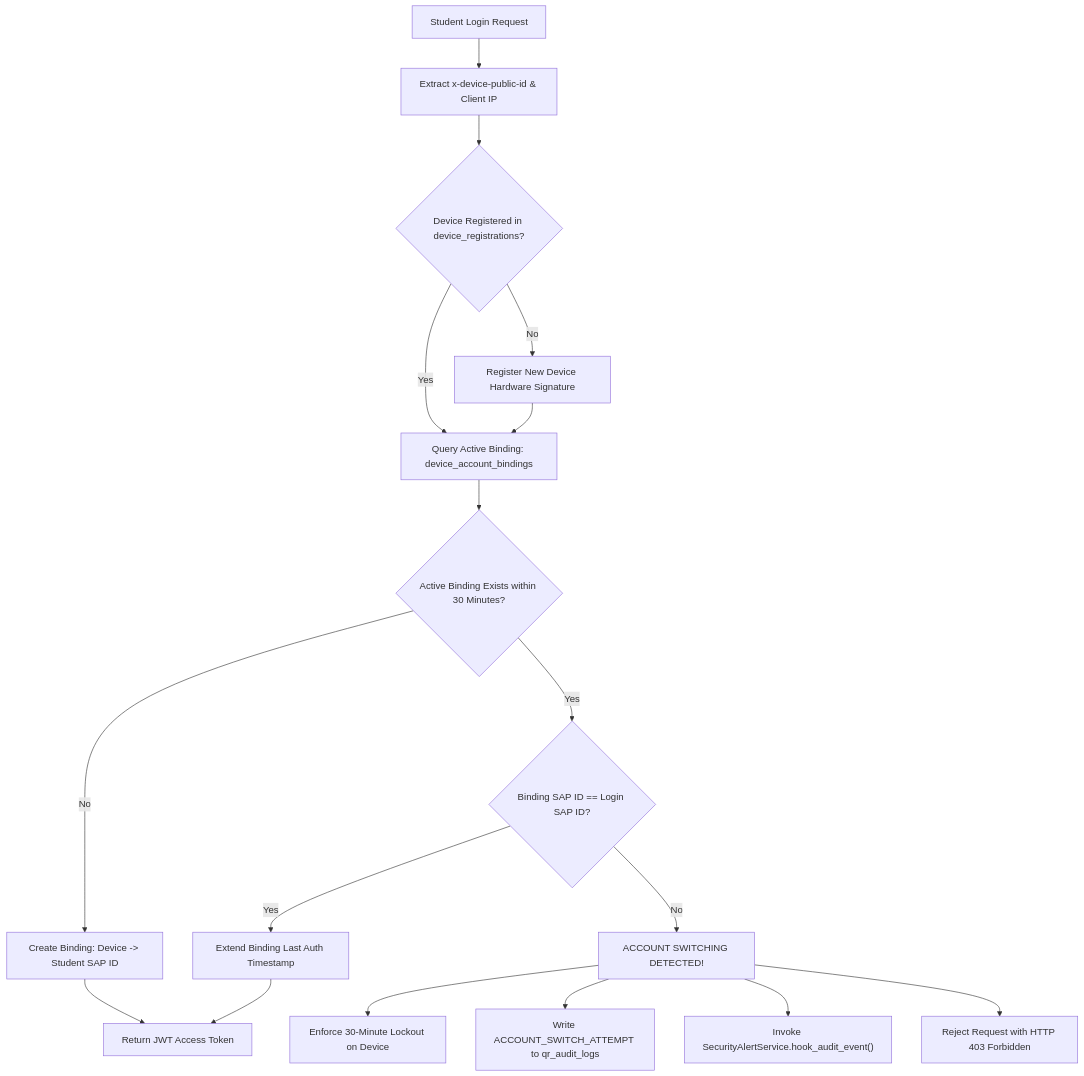
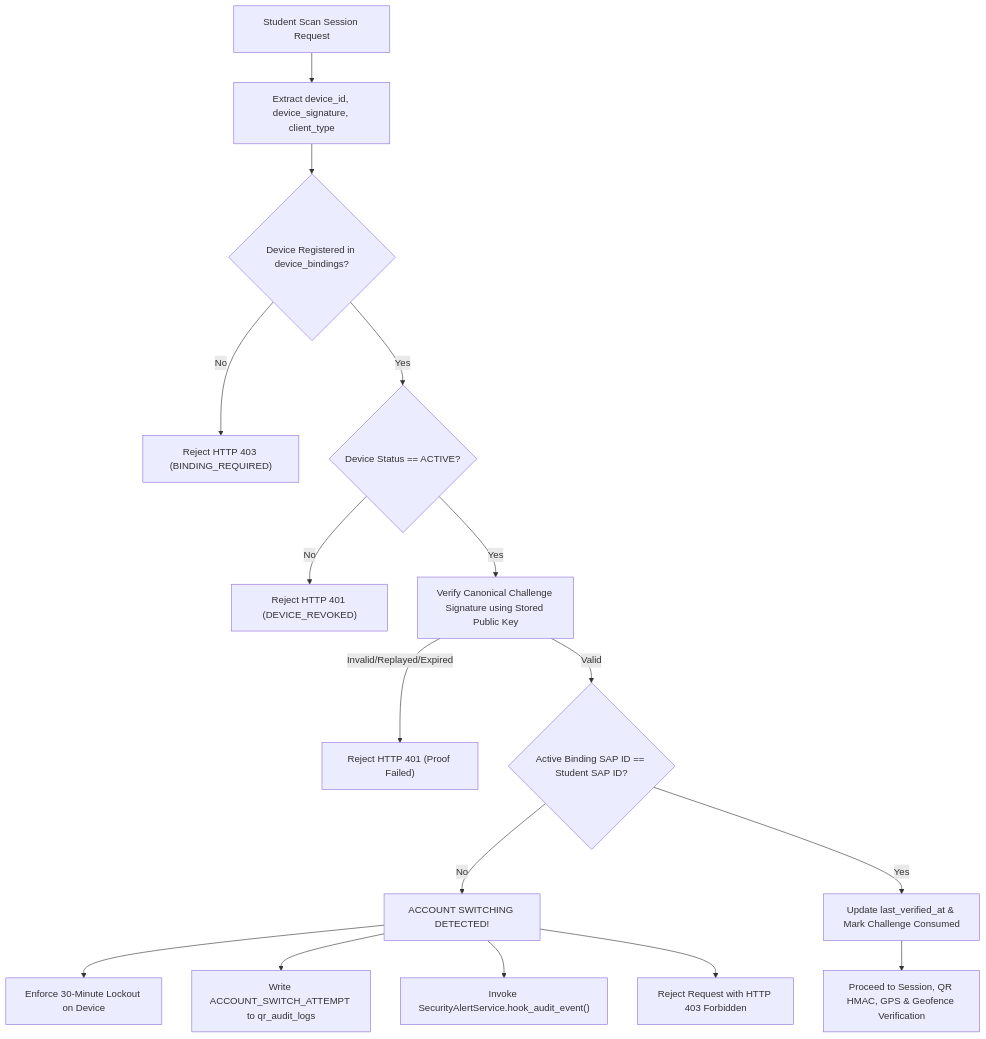
One commit to bhaskar1461/att3 changed the second of 4 diagrams in docs/ARCHITECTURE.md. Above: the diagram before and after it, drawn with Mermaid. The commit also changed other lines of this file and 543 other files, not shown here.

````diff
--- a/docs/ARCHITECTURE.md
+++ b/docs/ARCHITECTURE.md
@@ -53,19 +53,18 @@
 ```mermaid
 flowchart TD
-    A[Student Login Request] --> B[Extract x-device-public-id & Client IP]
-    B --> C{Device Registered in device_registrations?}
-    C -- No --> D[Register New Device Hardware Signature]
-    C -- Yes --> E[Query Active Binding: device_account_bindings]
-    D --> E
-    E --> F{Active Binding Exists within 30 Minutes?}
-    F -- No --> G[Create Binding: Device -> Student SAP ID]
-    G --> H[Return JWT Access Token]
-    F -- Yes --> I{Binding SAP ID == Login SAP ID?}
-    I -- Yes --> J[Extend Binding Last Auth Timestamp]
-    J --> H
-    I -- No --> K["ACCOUNT SWITCHING DETECTED!"]
-    K --> L["Enforce 30-Minute Lockout on Device"]
-    K --> M["Write ACCOUNT_SWITCH_ATTEMPT to qr_audit_logs"]
-    K --> N["Invoke SecurityAlertService.hook_audit_event()"]
-    K --> O["Reject Request with HTTP 403 Forbidden"]
+    A[Student Scan Session Request] --> B[Extract device_id, device_signature, client_type]
+    B --> C{Device Registered in device_bindings?}
+    C -- No --> D["Reject HTTP 403 (BINDING_REQUIRED)"]
+    C -- Yes --> E{Device Status == ACTIVE?}
+    E -- No --> F["Reject HTTP 401 (DEVICE_REVOKED)"]
+    E -- Yes --> G[Verify Canonical Challenge Signature using Stored Public Key]
+    G -- Invalid/Replayed/Expired --> H["Reject HTTP 401 (Proof Failed)"]
+    G -- Valid --> I{Active Binding SAP ID == Student SAP ID?}
+    I -- No --> J["ACCOUNT SWITCHING DETECTED!"]
+    J --> K["Enforce 30-Minute Lockout on Device"]
+    J --> L["Write ACCOUNT_SWITCH_ATTEMPT to qr_audit_logs"]
+    J --> M["Invoke SecurityAlertService.hook_audit_event()"]
+    J --> N["Reject Request with HTTP 403 Forbidden"]
+    I -- Yes --> O[Update last_verified_at & Mark Challenge Consumed]
+    O --> P[Proceed to Session, QR HMAC, GPS & Geofence Verification]
 ```
````
